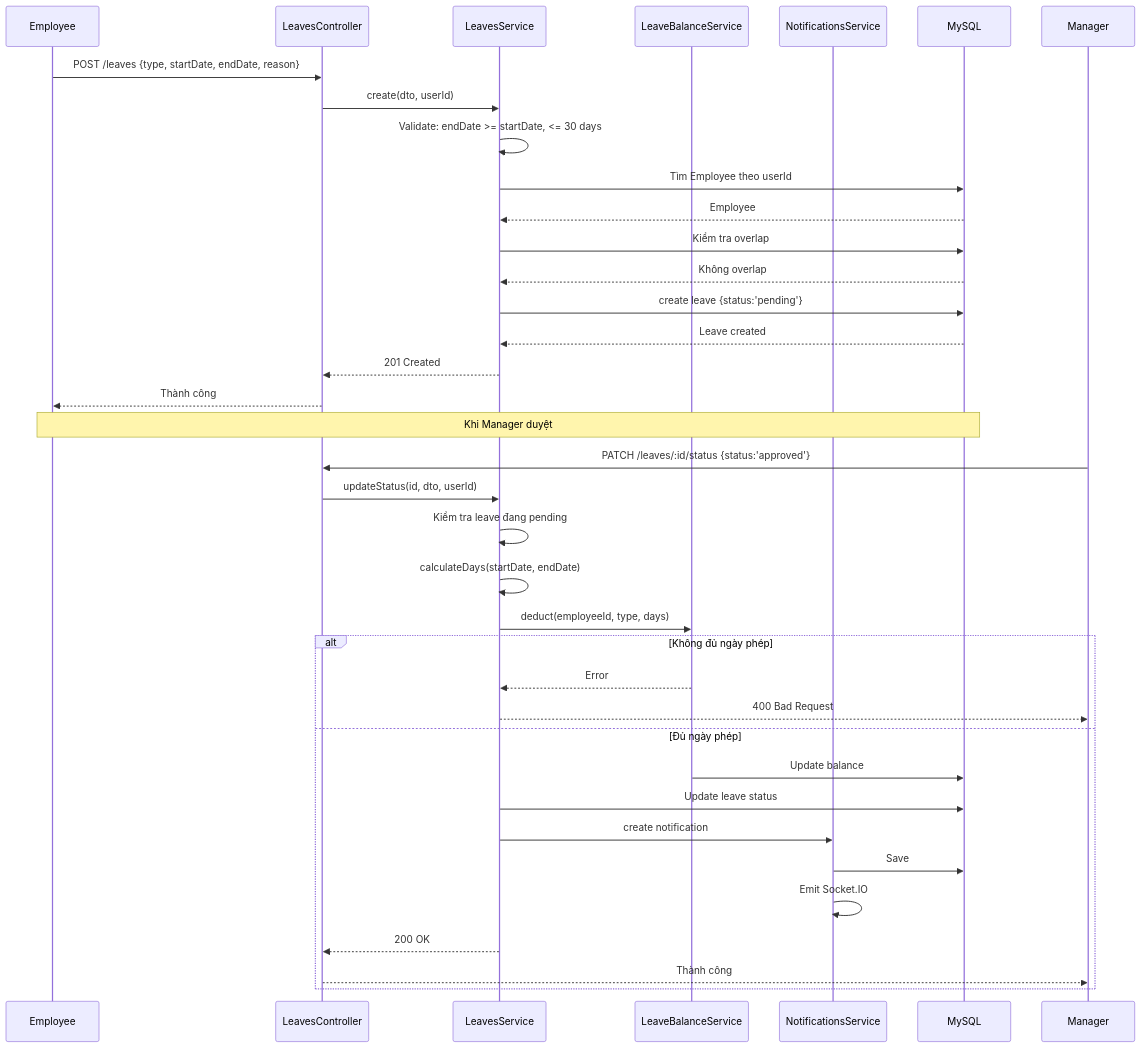
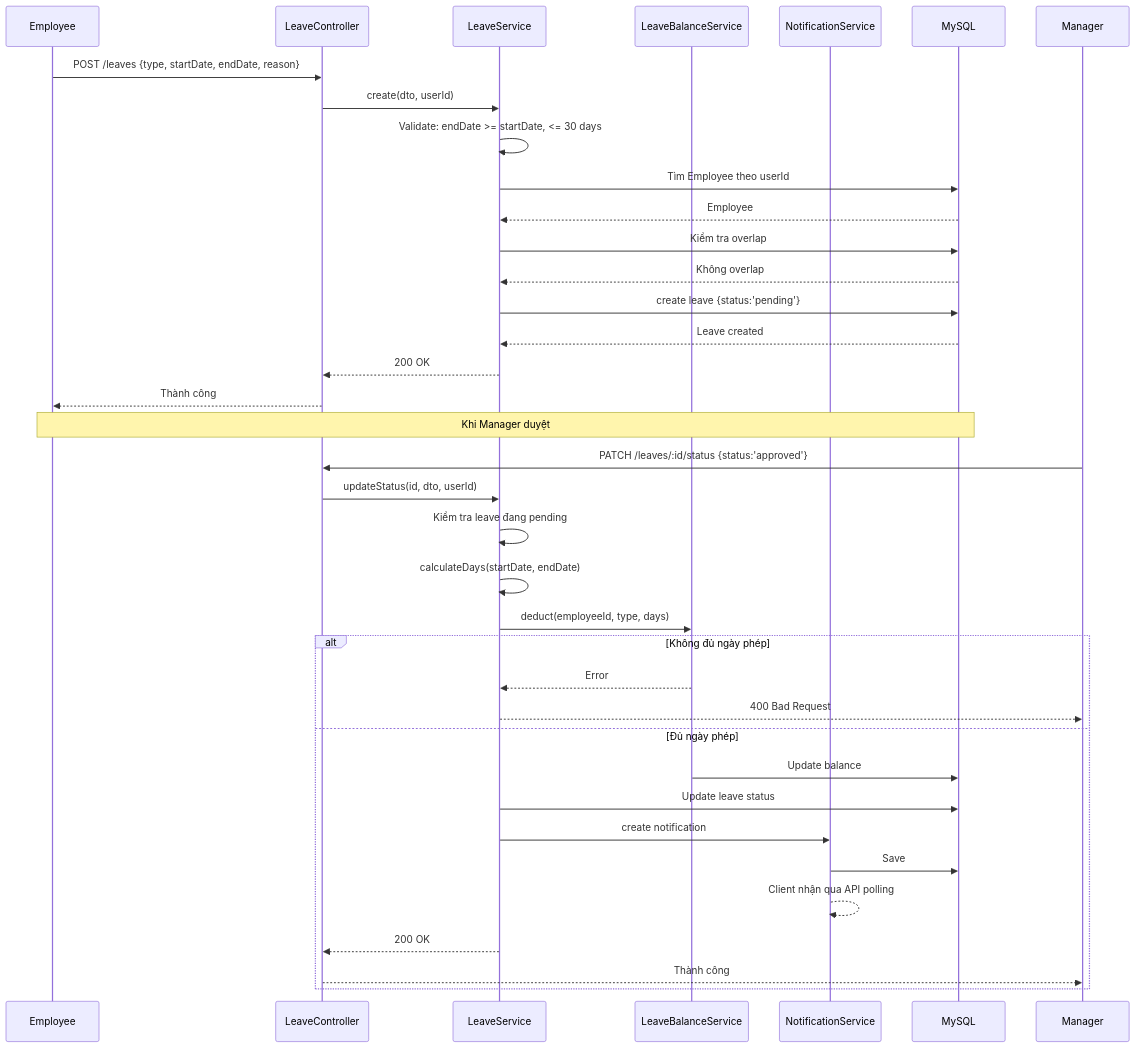
Diagram 16 of 24 in docs/SDD.md (nghiaxh/hr-management), drawn with Mermaid before and after one commit. The commit also changed other lines of this file and 8 other files, not shown here.

````diff
--- a/docs/SDD.md
+++ b/docs/SDD.md
@@ -935,40 +901,40 @@
 ```mermaid
 sequenceDiagram
     participant E as Employee
-    participant C as LeavesController
-    participant S as LeavesService
+    participant C as LeaveController
+    participant S as LeaveService
     participant LB as LeaveBalanceService
-    participant N as NotificationsService
+    participant N as NotificationService
     participant DB as MySQL
 
     E->>C: POST /leaves {type, startDate, endDate, reason}
     C->>S: create(dto, userId)
     S->>S: Validate: endDate >= startDate, <= 30 days
     S->>DB: Tìm Employee theo userId
     DB-->>S: Employee
     S->>DB: Kiểm tra overlap
     DB-->>S: Không overlap
     S->>DB: create leave {status:'pending'}
     DB-->>S: Leave created
-    S-->>C: 201 Created
+    S-->>C: 200 OK
     C-->>E: Thành công
 
     Note over E,DB: Khi Manager duyệt
     Manager->>C: PATCH /leaves/:id/status {status:'approved'}
     C->>S: updateStatus(id, dto, userId)
     S->>S: Kiểm tra leave đang pending
     S->>S: calculateDays(startDate, endDate)
     S->>LB: deduct(employeeId, type, days)
     alt Không đủ ngày phép
         LB-->>S: Error
         S-->>Manager: 400 Bad Request
     else Đủ ngày phép
         LB->>DB: Update balance
         S->>DB: Update leave status
         S->>N: create notification
         N->>DB: Save
-        N->>N: Emit Socket.IO
+        N-->>N: Client nhận qua API polling
         S-->>C: 200 OK
         C-->>Manager: Thành công
     end
 ```
````
